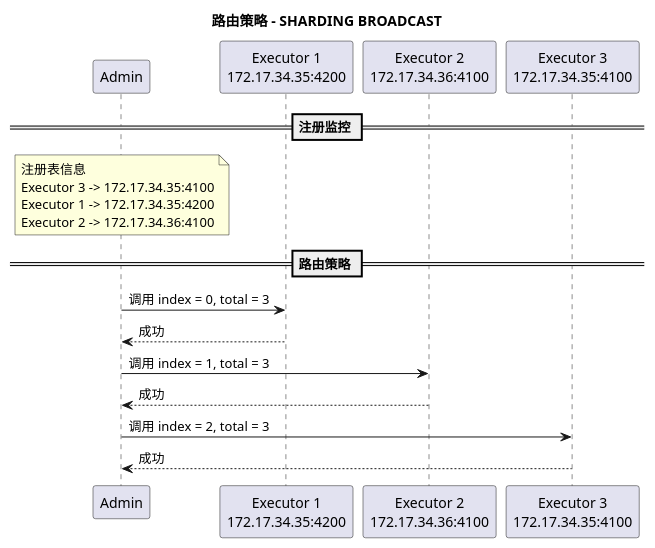
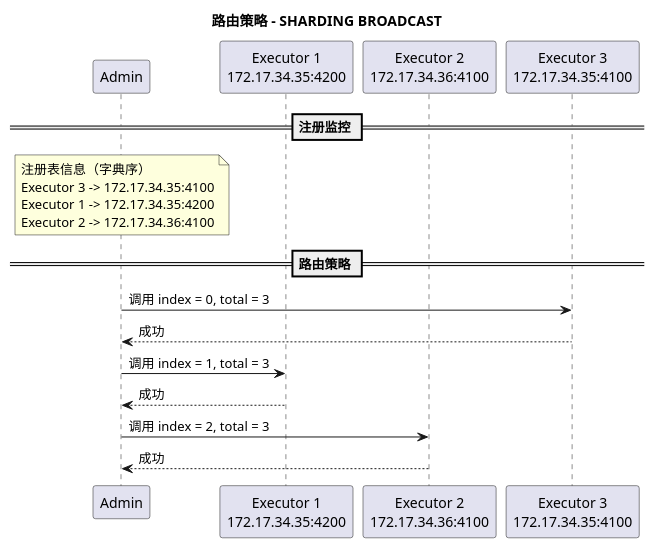
Before and after one commit to Sean-K-Wu/xxl-job: the diagram in doc/uml/sequence/admin/route-sharding-broadcast.puml, drawn with PlantUML. The commit also changed 13 other files, not shown here.

```diff
--- a/doc/uml/sequence/admin/route-sharding-broadcast.puml
+++ b/doc/uml/sequence/admin/route-sharding-broadcast.puml
@@ -1,27 +1,24 @@
 @startuml
 title 路由策略 - SHARDING BROADCAST
 
 participant a as "Admin" order 10
 participant e1 as "Executor 1\n172.17.34.35:4200" order 20
 participant e2 as "Executor 2\n172.17.34.36:4100" order 30
 participant e3 as "Executor 3\n172.17.34.35:4100" order 40
 
 == 注册监控 ==
 note over a
-    注册表信息
+    注册表信息（字典序）
     Executor 3 -> 172.17.34.35:4100
     Executor 1 -> 172.17.34.35:4200
     Executor 2 -> 172.17.34.36:4100
 end note
 
 == 路由策略 ==
-a -> e1 : \
-调用 index = 0, total = 3
+a -> e3 : 调用 index = 0, total = 3
+a <-- e3 : 成功
+a -> e1 : 调用 index = 1, total = 3
 a <-- e1 : 成功
-a -> e2 : \
-调用 index = 1, total = 3
+a -> e2 : 调用 index = 2, total = 3
 a <-- e2 : 成功
-a -> e3 : \
-调用 index = 2, total = 3
-a <-- e3 : 成功
 @enduml
```
